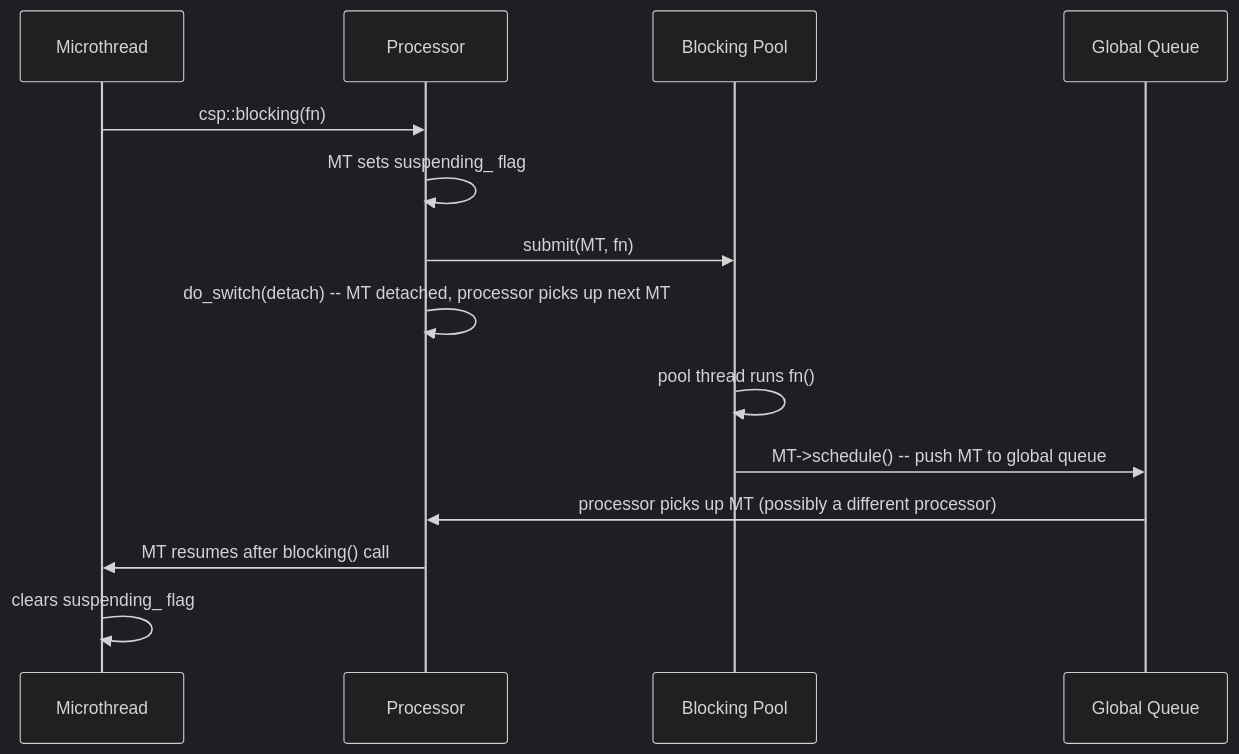
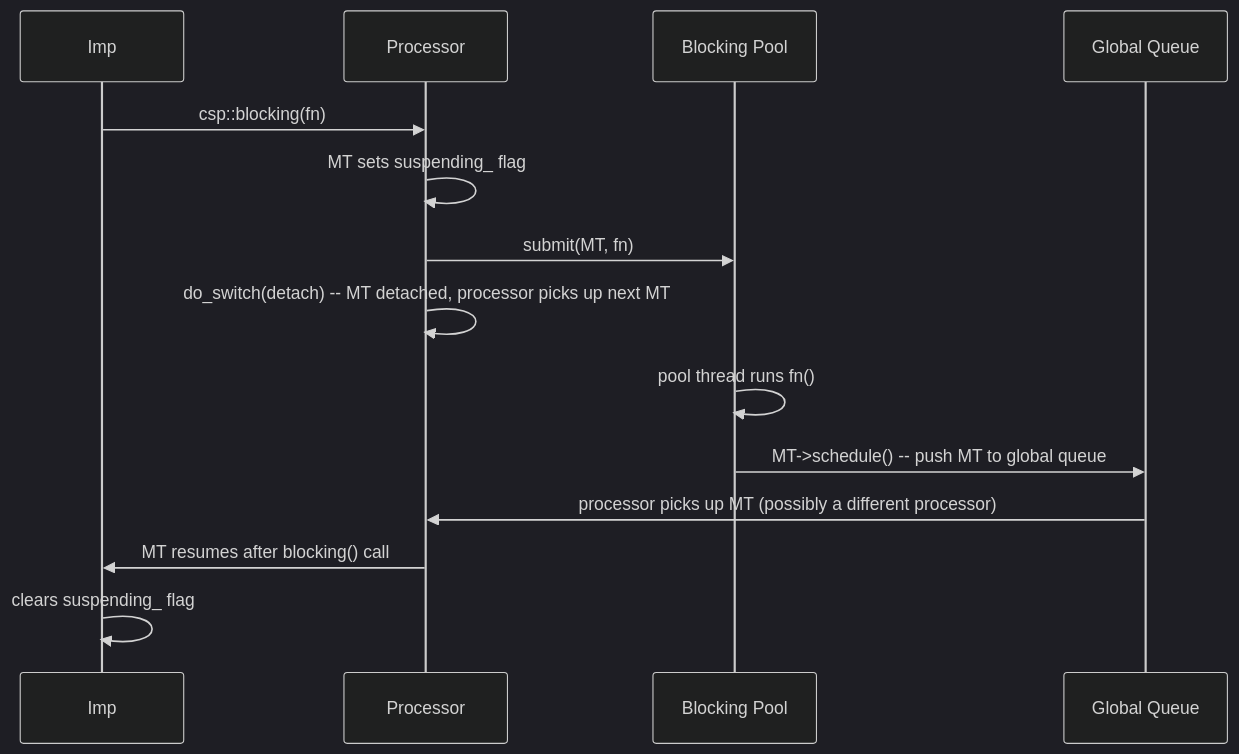
The diagram in docs/guide/07-blocking.md (marcelocantos/csp), drawn with Mermaid (dark theme) before and after one commit. The commit also changed other lines of this file and 132 other files, not shown here.

First line of the commit message:
Rename "microthread" → "imp" across the entire codebase

````diff
--- a/docs/guide/07-blocking.md
+++ b/docs/guide/07-blocking.md
@@ -53,19 +53,19 @@
 ```mermaid
 sequenceDiagram
-    participant MT as Microthread
+    participant MT as Imp
     participant P as Processor
     participant BP as Blocking Pool
     participant GQ as Global Queue
 
     MT->>P: csp::blocking(fn)
     P->>P: MT sets suspending_ flag
     P->>BP: submit(MT, fn)
     P->>P: do_switch(detach) -- MT detached, processor picks up next MT
 
     BP->>BP: pool thread runs fn()
     BP->>GQ: MT->schedule() -- push MT to global queue
 
     GQ->>P: processor picks up MT (possibly a different processor)
     P->>MT: MT resumes after blocking() call
     MT->>MT: clears suspending_ flag
 ```
````
